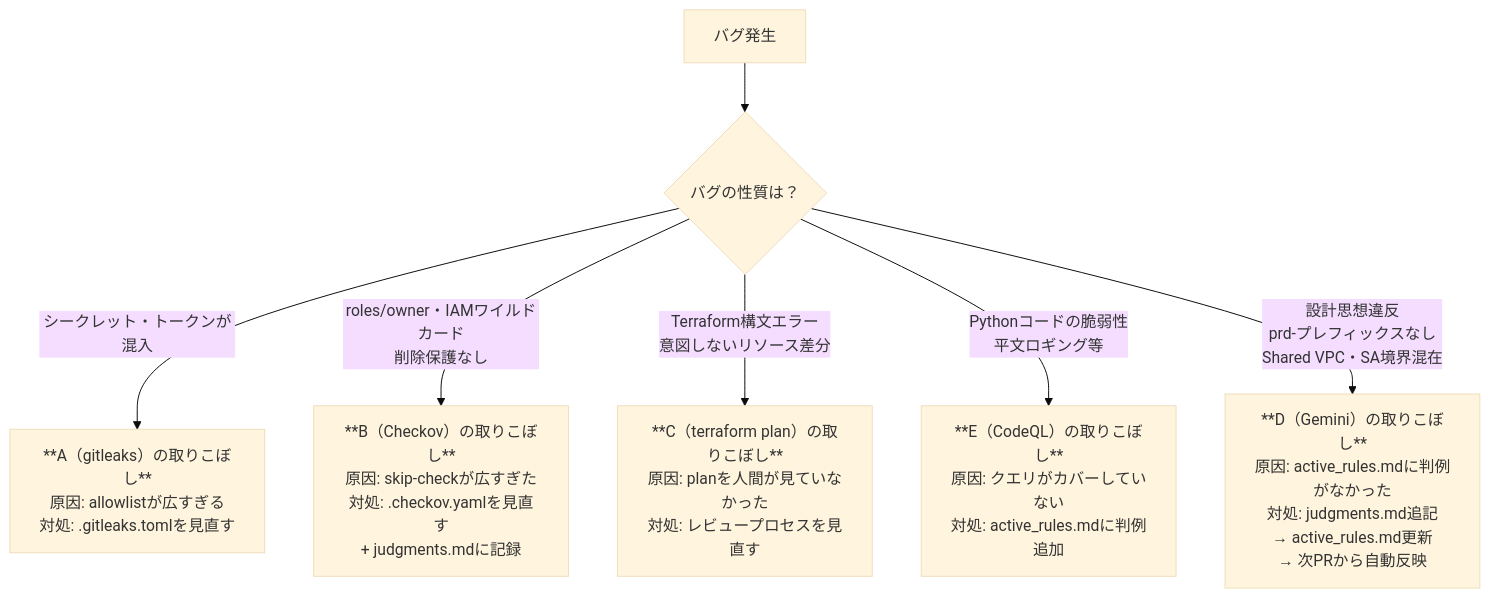
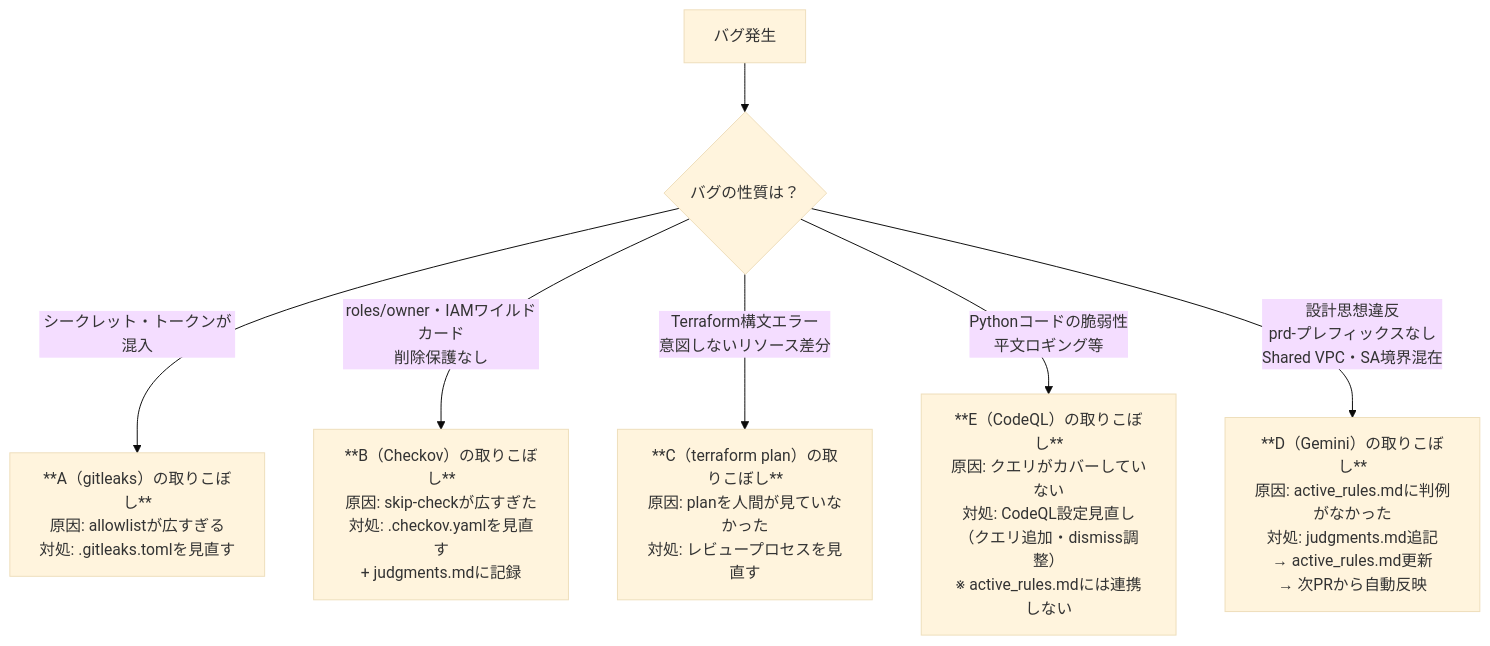
The seventh of 7 diagrams in docs/QUALITY_FEEDBACK_LOOP.md (shinkawamisaki/gcp-base), drawn with Mermaid (base theme) before and after one commit. The commit also changed other lines of this file, not shown here.

First line of the commit message:
docs: CodeQLフィードバック方向の設計判断を明文化

````diff
--- a/docs/QUALITY_FEEDBACK_LOOP.md
+++ b/docs/QUALITY_FEEDBACK_LOOP.md
@@ -153,19 +150,19 @@
 ```mermaid
 flowchart TD
     BUG["バグ発生"]
     Q{"バグの性質は？"}
 
     BUG --> Q
 
     Q -->|シークレット・トークンが混入| A3
     Q -->|roles/owner・IAMワイルドカード<br>削除保護なし| B3
     Q -->|Terraform構文エラー<br>意図しないリソース差分| C3
     Q -->|Pythonコードの脆弱性<br>平文ロギング等| E3
     Q -->|設計思想違反<br>prd-プレフィックスなし<br>Shared VPC・SA境界混在| D3
 
     A3["**A（gitleaks）の取りこぼし**<br>原因: allowlistが広すぎる<br>対処: .gitleaks.tomlを見直す"]
     B3["**B（Checkov）の取りこぼし**<br>原因: skip-checkが広すぎた<br>対処: .checkov.yamlを見直す<br>+ judgments.mdに記録"]
     C3["**C（terraform plan）の取りこぼし**<br>原因: planを人間が見ていなかった<br>対処: レビュープロセスを見直す"]
-    E3["**E（CodeQL）の取りこぼし**<br>原因: クエリがカバーしていない<br>対処: active_rules.mdに判例追加"]
+    E3["**E（CodeQL）の取りこぼし**<br>原因: クエリがカバーしていない<br>対処: CodeQL設定見直し（クエリ追加・dismiss調整）<br>※ active_rules.mdには連携しない"]
     D3["**D（Gemini）の取りこぼし**<br>原因: active_rules.mdに判例がなかった<br>対処: judgments.md追記<br>→ active_rules.md更新<br>→ 次PRから自動反映"]
 ```
````
